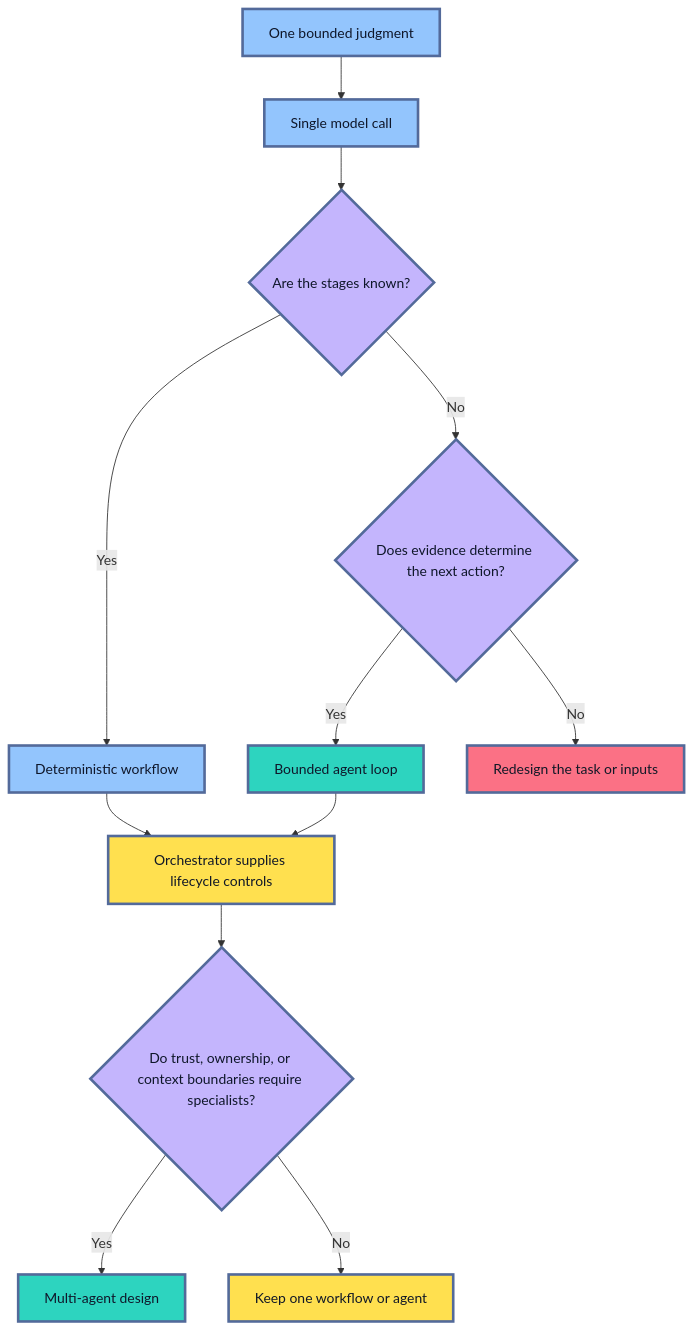
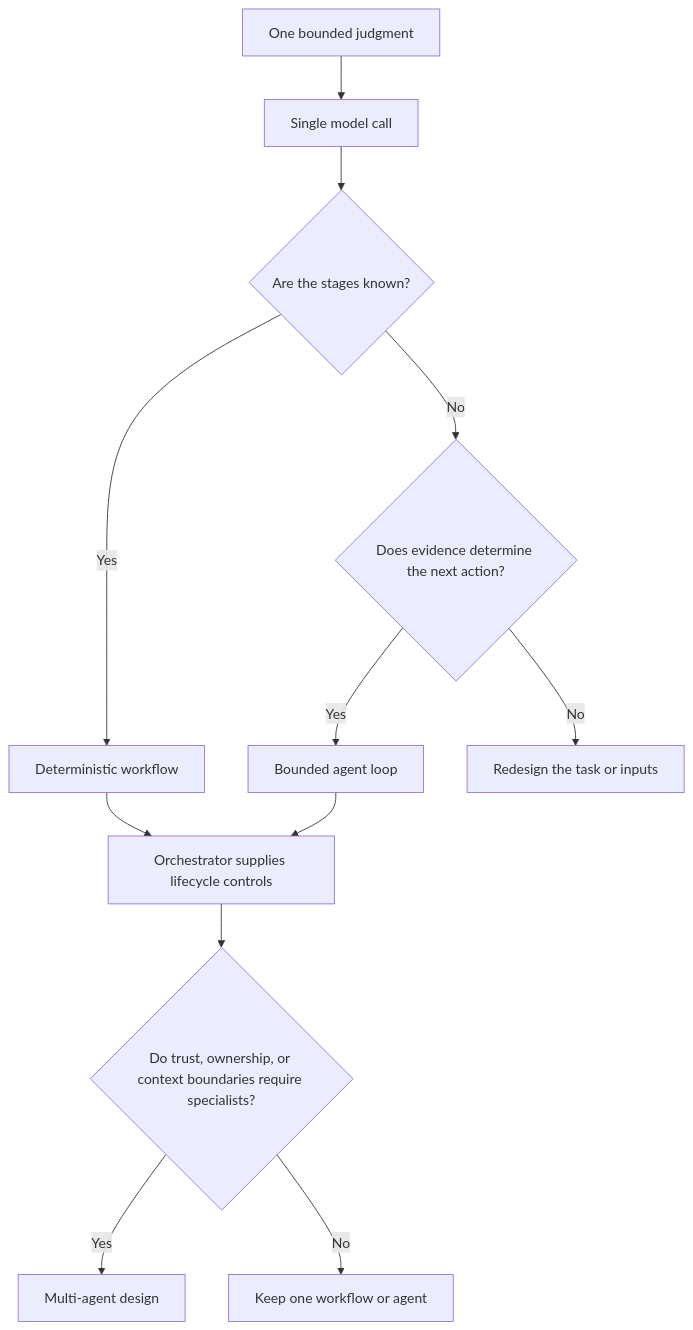
One commit to senlinyy/dev-roadmaps changed the second of 13 diagrams in roadmaps/mlops/modules/llmops/llm-app-foundations/03-workflows-and-agents.md. Above: the diagram before and after it, drawn with Mermaid. The commit also changed other lines of this file and 152 other files, not shown here.

Commit message:
feat: mlops and diagrams updated

````diff
--- a/roadmaps/mlops/modules/llmops/llm-app-foundations/03-workflows-and-agents.md
+++ b/roadmaps/mlops/modules/llmops/llm-app-foundations/03-workflows-and-agents.md
@@ -117,25 +112,20 @@
 ```mermaid
 flowchart TD
     A["One bounded judgment"] --> B["Single model call"]
     B --> C{"Are the stages known?"}
     C -->|"Yes"| D["Deterministic workflow"]
     C -->|"No"| E{"Does evidence determine the next action?"}
     E -->|"Yes"| F["Bounded agent loop"]
     E -->|"No"| G["Redesign the task or inputs"]
     D --> H["Orchestrator supplies lifecycle controls"]
     F --> H
     H --> I{"Do trust, ownership, or context boundaries require specialists?"}
     I -->|"Yes"| J["Multi-agent design"]
     I -->|"No"| K["Keep one workflow or agent"]
 
-    classDef question fill:#C4B5FD,stroke:#536A9A,stroke-width:3px,color:#0F172A
-    classDef simple fill:#93C5FD,stroke:#536A9A,stroke-width:3px,color:#0F172A
-    classDef adaptive fill:#2DD4BF,stroke:#536A9A,stroke-width:3px,color:#0F172A
-    classDef control fill:#FFE04F,stroke:#536A9A,stroke-width:3px,color:#111827
-    classDef stop fill:#FB7185,stroke:#536A9A,stroke-width:3px,color:#111827
     class A,B,D simple
     class C,E,I question
     class F,J adaptive
     class H,K control
     class G stop
 ```
````
